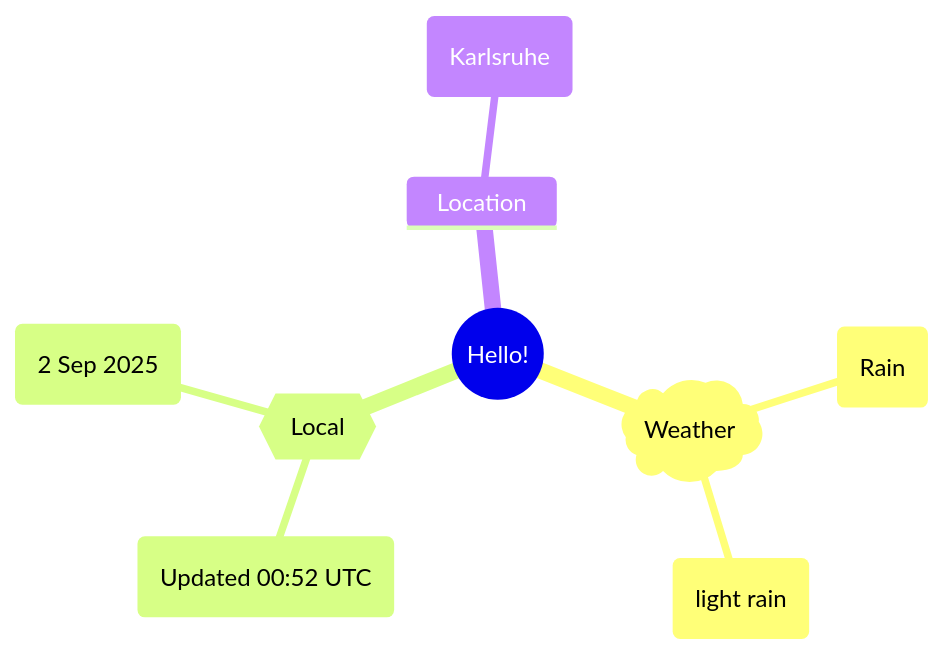
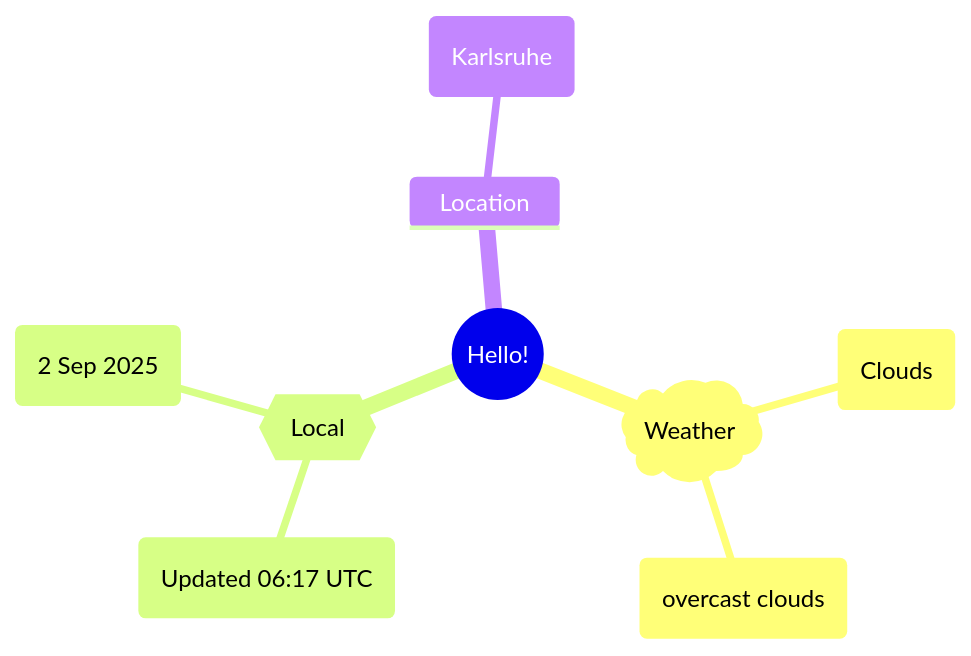
The first of 2 diagrams in README.md (Xosrov/Xosrov), drawn with Mermaid before and after one commit.

Commit message:
[bot] updated images

````diff
--- a/README.md
+++ b/README.md
@@ -3,12 +3,12 @@
 ```mermaid
 mindmap
   root((Hello!))
     )Weather(
-        (Rain)
-        (light rain)
+        (Clouds)
+        (overcast clouds)
     {{Local}}
-        (Updated 00:52 UTC)
+        (Updated 06:17 UTC)
         (2 Sep 2025)
     Location
         (Karlsruhe)
 ```
````
